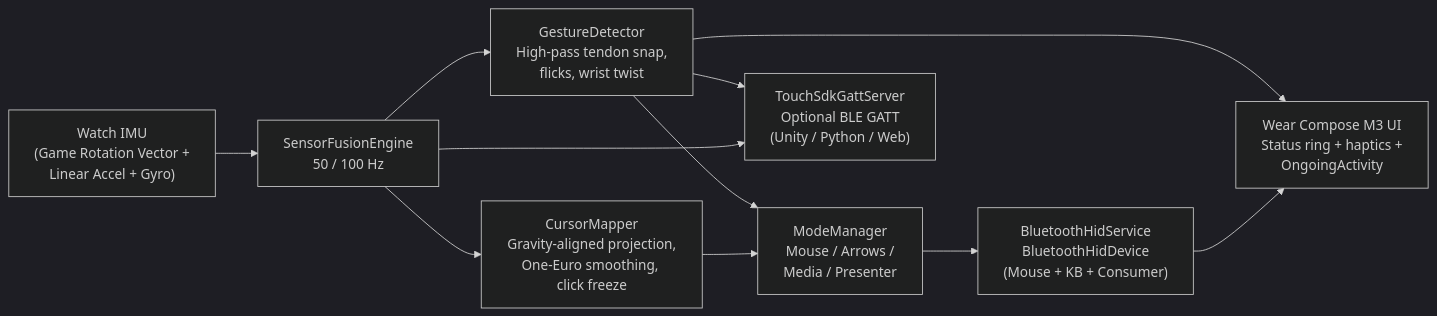
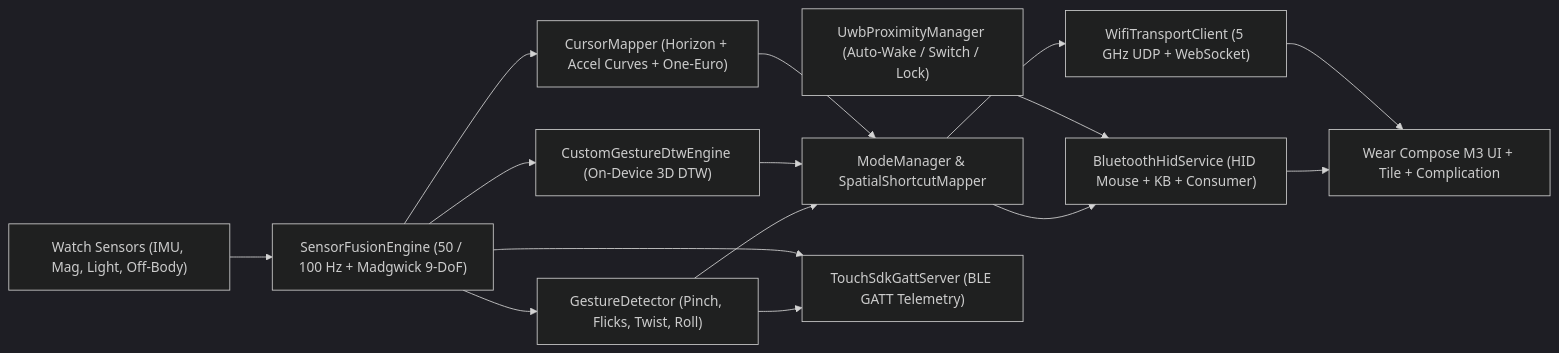
One commit to infrabrew/Continuity_Gestures changed the diagram in README.md. Above: the diagram before and after it, drawn with Mermaid (dark theme). The commit also changed other lines of this file, not shown here.

````diff
--- a/README.md
+++ b/README.md
@@ -11,22 +57,29 @@
 ```mermaid
 flowchart LR
-    IMU["Watch IMU\n(Game Rotation Vector +\nLinear Accel + Gyro)"]
-    SF["SensorFusionEngine\n50 / 100 Hz"]
-    GD["GestureDetector\nHigh-pass tendon snap,\nflicks, wrist twist"]
-    CM["CursorMapper\nGravity-aligned projection,\nOne-Euro smoothing, click freeze"]
-    MM["ModeManager\nMouse / Arrows /\nMedia / Presenter"]
-    HID["BluetoothHidService\nBluetoothHidDevice\n(Mouse + KB + Consumer)"]
-    BLE["TouchSdkGattServer\nOptional BLE GATT\n(Unity / Python / Web)"]
-    UI["Wear Compose M3 UI\nStatus ring + haptics +\nOngoingActivity"]
+    IMU["Watch Sensors (IMU, Mag, Light, Off-Body)"]
+    SF["SensorFusionEngine (50 / 100 Hz + Madgwick 9-DoF)"]
+    GD["GestureDetector (Pinch, Flicks, Twist, Roll)"]
+    DTW["CustomGestureDtwEngine (On-Device 3D DTW)"]
+    CM["CursorMapper (Horizon + Accel Curves + One-Euro)"]
+    MM["ModeManager & SpatialShortcutMapper"]
+    HID["BluetoothHidService (HID Mouse + KB + Consumer)"]
+    WIFI["WifiTransportClient (5 GHz UDP + WebSocket)"]
+    UWB["UwbProximityManager (Auto-Wake / Switch / Lock)"]
+    BLE["TouchSdkGattServer (BLE GATT Telemetry)"]
+    UI["Wear Compose M3 UI + Tile + Complication"]
 
     IMU --> SF
     SF --> GD
+    SF --> DTW
     SF --> CM
     GD --> MM
+    DTW --> MM
     CM --> MM
     MM --> HID
+    MM --> WIFI
+    UWB --> HID
     GD --> BLE
     SF --> BLE
-    GD --> UI
     HID --> UI
+    WIFI --> UI
 ```
````
